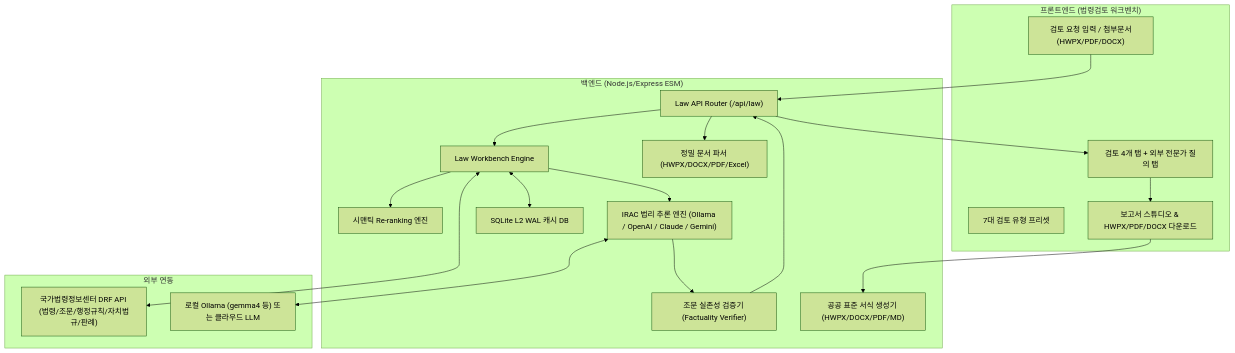
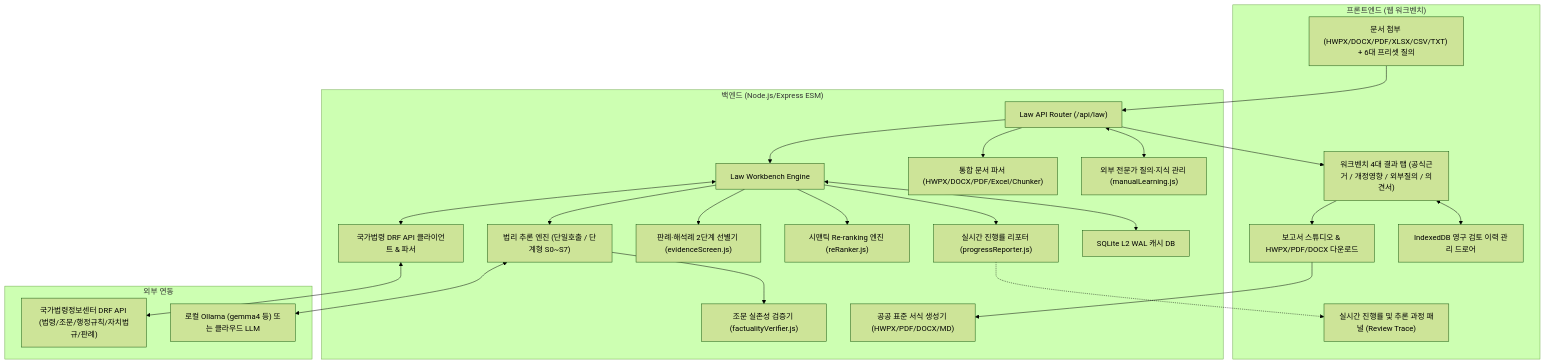
Before and after one commit to Ubermensch216/legal_review: the diagram in README.md, drawn with Mermaid (forest theme). The commit also changed other lines of this file, not shown here.

Commit message:
README.md 시스템 실제 구현(6대 프리셋, 4대 탭, Review Trace, 19대 도구 등)과 100% 일치화

````diff
--- a/README.md
+++ b/README.md
@@ -139,39 +162,49 @@
 ```mermaid
 flowchart TB
-    subgraph Client["프론트엔드 (법령검토 워크벤치)"]
-        UI_Input["검토 요청 입력 / 첨부문서(HWPX/PDF/DOCX)"]
-        UI_Presets["7대 검토 유형 프리셋"]
-        UI_Tabs["검토 4개 탭 + 외부 전문가 질의 탭"]
+    subgraph Client["프론트엔드 (웹 워크벤치)"]
+        UI_Input["문서 첨부 (HWPX/DOCX/PDF/XLSX/CSV/TXT) + 6대 프리셋 질의"]
+        UI_Trace["실시간 진행률 및 추론 과정 패널 (Review Trace)"]
+        UI_Tabs["워크벤치 4대 결과 탭 (공식근거 / 개정영향 / 외부질의 / 의견서)"]
         UI_Studio["보고서 스튜디오 & HWPX/PDF/DOCX 다운로드"]
+        UI_History["IndexedDB 영구 검토 이력 관리 드로어"]
     end
 
     subgraph Server["백엔드 (Node.js/Express ESM)"]
         API_Router["Law API Router (/api/law)"]
         WB_Builder["Law Workbench Engine"]
-        ReRanker["시맨틱 Re-ranking 엔진"]
-        Verifier["조문 실존성 검증기 (Factuality Verifier)"]
-        LLM_Engine["IRAC 법리 추론 엔진 (Ollama / OpenAI / Claude / Gemini)"]
-        Doc_Parser["정밀 문서 파서 (HWPX/DOCX/PDF/Excel)"]
-        Export_Engine["공공 표준 서식 생성기 (HWPX/DOCX/PDF/MD)"]
+        Progress["실시간 진행률 리포터 (progressReporter.js)"]
+        Doc_Parser["통합 문서 파서 (HWPX/DOCX/PDF/Excel/Chunker)"]
+        Law_Client["국가법령 DRF API 클라이언트 & 파서"]
+        Screen["판례·해석례 2단계 선별기 (evidenceScreen.js)"]
+        ReRanker["시맨틱 Re-ranking 엔진 (reRanker.js)"]
+        LLM_Engine["법리 추론 엔진 (단일호출 / 단계형 S0~S7)"]
+        Verifier["조문 실존성 검증기 (factualityVerifier.js)"]
+        Learning["외부 전문가 질의·지식 관리 (manualLearning.js)"]
+        Export_Engine["공공 표준 서식 생성기 (HWPX/PDF/DOCX/MD)"]
         Cache_DB["SQLite L2 WAL 캐시 DB"]
     end
 
     subgraph External["외부 연동"]
         Law_DRF["국가법령정보센터 DRF API (법령/조문/행정규칙/자치법규/판례)"]
         LLM_Service["로컬 Ollama (gemma4 등) 또는 클라우드 LLM"]
     end
 
     UI_Input --> API_Router
     API_Router --> Doc_Parser
     API_Router --> WB_Builder
+    WB_Builder --> Progress
+    Progress -.-> UI_Trace
     WB_Builder <--> Cache_DB
-    WB_Builder <--> Law_DRF
+    WB_Builder <--> Law_Client
+    Law_Client <--> Law_DRF
+    WB_Builder --> Screen
     WB_Builder --> ReRanker
     WB_Builder --> LLM_Engine
     LLM_Engine <--> LLM_Service
     LLM_Engine --> Verifier
-    Verifier --> API_Router
+    API_Router <--> Learning
     API_Router --> UI_Tabs
     UI_Tabs --> UI_Studio
+    UI_Tabs <--> UI_History
     UI_Studio --> Export_Engine
 ```
````
